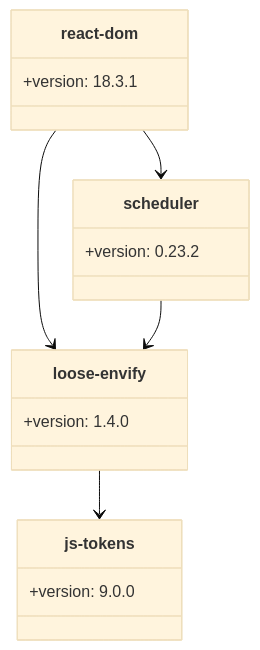
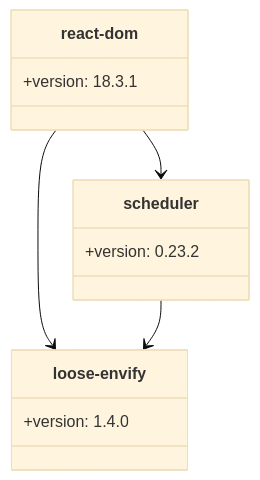
Before and after one commit to Kirill555dg/CM_practice: the diagram in DZ2_GraphVisualizer/react-dom_dependency_graph.mmd, drawn with Mermaid (base theme). The commit also changed 7 other files, not shown here.

```diff
--- a/DZ2_GraphVisualizer/react-dom_dependency_graph.mmd
+++ b/DZ2_GraphVisualizer/react-dom_dependency_graph.mmd
@@ -1,17 +1,13 @@
 classDiagram
   class react-dom {
     +version: 18.3.1
   }
   react-dom --> scheduler
   react-dom --> loose-envify
   class scheduler {
     +version: 0.23.2
   }
   scheduler --> loose-envify
   class loose-envify {
     +version: 1.4.0
   }
-  loose-envify --> js-tokens
-  class js-tokens {
-    +version: 9.0.0
-  }
```
